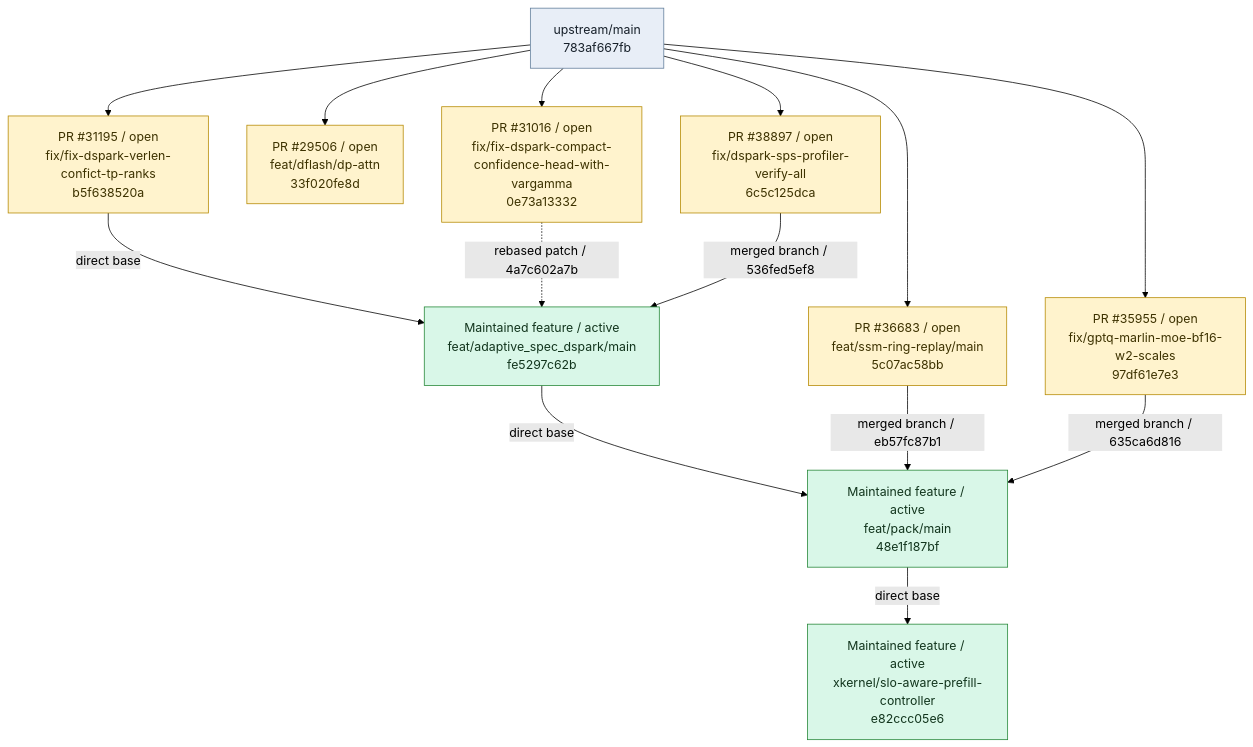
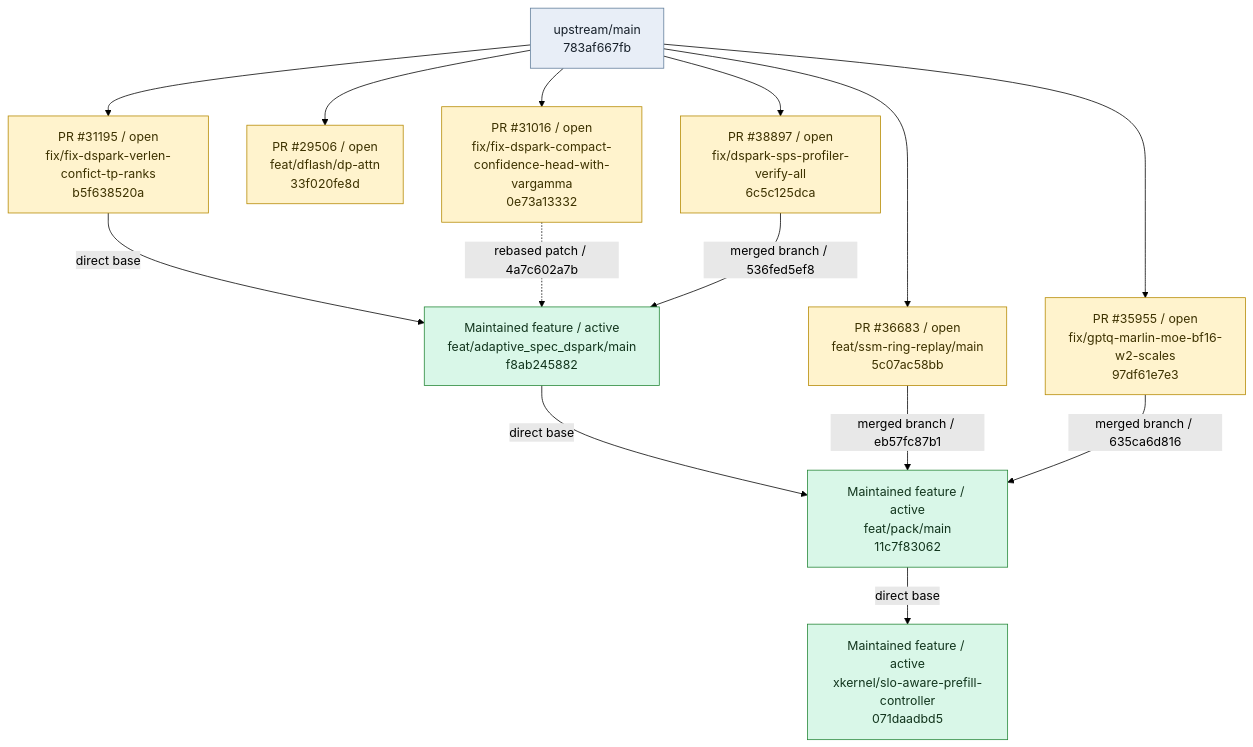
Before and after one commit to EanWang211123/sglang: the first of 4 diagrams in BRANCH_GRAPH.md, drawn with Mermaid (forest theme). The commit also changed other lines of this file and 4 other files, not shown here.

````diff
--- a/BRANCH_GRAPH.md
+++ b/BRANCH_GRAPH.md
@@ -11,41 +11,41 @@
 ```mermaid
 flowchart TD
     base_upstream_main["upstream/main<br/>783af667fb"]
     branch_dspark_compact_ragged_verify["PR #38897 / open<br/>fix/dspark-sps-profiler-verify-all<br/>6c5c125dca"]
     base_upstream_main --> branch_dspark_compact_ragged_verify
     click branch_dspark_compact_ragged_verify "https://github.com/sgl-project/sglang/pull/38897"
     branch_dflash_dp_attn["PR #29506 / open<br/>feat/dflash/dp-attn<br/>33f020fe8d"]
     base_upstream_main --> branch_dflash_dp_attn
     click branch_dflash_dp_attn "https://github.com/sgl-project/sglang/pull/29506"
     branch_dspark_tp_budget_sync["PR #31195 / open<br/>fix/fix-dspark-verlen-confict-tp-ranks<br/>b5f638520a"]
     base_upstream_main --> branch_dspark_tp_budget_sync
     click branch_dspark_tp_budget_sync "https://github.com/sgl-project/sglang/pull/31195"
     branch_dspark_runtime_gamma["PR #31016 / open<br/>fix/fix-dspark-compact-confidence-head-with-vargamma<br/>0e73a13332"]
     base_upstream_main --> branch_dspark_runtime_gamma
     click branch_dspark_runtime_gamma "https://github.com/sgl-project/sglang/pull/31016"
     branch_gptq_marlin_moe_bf16_w2_scales["PR #35955 / open<br/>fix/gptq-marlin-moe-bf16-w2-scales<br/>97df61e7e3"]
     base_upstream_main --> branch_gptq_marlin_moe_bf16_w2_scales
     click branch_gptq_marlin_moe_bf16_w2_scales "https://github.com/sgl-project/sglang/pull/35955"
     branch_replayssm_dflash_dspark["PR #36683 / open<br/>feat/ssm-ring-replay/main<br/>5c07ac58bb"]
     base_upstream_main --> branch_replayssm_dflash_dspark
     click branch_replayssm_dflash_dspark "https://github.com/sgl-project/sglang/pull/36683"
-    branch_dspark_adaptive["Maintained feature / active<br/>feat/adaptive_spec_dspark/main<br/>fe5297c62b"]
+    branch_dspark_adaptive["Maintained feature / active<br/>feat/adaptive_spec_dspark/main<br/>f8ab245882"]
     click branch_dspark_adaptive "https://github.com/EanWang211123/sglang/tree/feat/adaptive_spec_dspark/main"
-    branch_adaptive_dspark_replayssm_gptq_marlin_pack["Maintained feature / active<br/>feat/pack/main<br/>48e1f187bf"]
+    branch_adaptive_dspark_replayssm_gptq_marlin_pack["Maintained feature / active<br/>feat/pack/main<br/>11c7f83062"]
     click branch_adaptive_dspark_replayssm_gptq_marlin_pack "https://github.com/EanWang211123/sglang/tree/feat/pack/main"
-    branch_xkernel_slo_aware_prefill_controller["Maintained feature / active<br/>xkernel/slo-aware-prefill-controller<br/>e82ccc05e6"]
+    branch_xkernel_slo_aware_prefill_controller["Maintained feature / active<br/>xkernel/slo-aware-prefill-controller<br/>071daadbd5"]
     click branch_xkernel_slo_aware_prefill_controller "https://github.com/EanWang211123/sglang/tree/xkernel/slo-aware-prefill-controller"
     branch_dspark_tp_budget_sync -->|"direct base"| branch_dspark_adaptive
     branch_dspark_runtime_gamma -.->|"rebased patch / 4a7c602a7b"| branch_dspark_adaptive
     branch_dspark_compact_ragged_verify -->|"merged branch / 536fed5ef8"| branch_dspark_adaptive
     branch_dspark_adaptive -->|"direct base"| branch_adaptive_dspark_replayssm_gptq_marlin_pack
     branch_replayssm_dflash_dspark -->|"merged branch / eb57fc87b1"| branch_adaptive_dspark_replayssm_gptq_marlin_pack
     branch_gptq_marlin_moe_bf16_w2_scales -->|"merged branch / 635ca6d816"| branch_adaptive_dspark_replayssm_gptq_marlin_pack
     branch_adaptive_dspark_replayssm_gptq_marlin_pack -->|"direct base"| branch_xkernel_slo_aware_prefill_controller
     classDef base fill:#e8eef7,stroke:#607d9b,color:#17202a
     classDef pr fill:#fff3cd,stroke:#b58900,color:#3d3200
     classDef feature fill:#d9f7e8,stroke:#238636,color:#12351d
     class base_upstream_main base
     class branch_dspark_compact_ragged_verify,branch_dflash_dp_attn,branch_dspark_tp_budget_sync,branch_dspark_runtime_gamma,branch_gptq_marlin_moe_bf16_w2_scales,branch_replayssm_dflash_dspark pr
     class branch_dspark_adaptive,branch_adaptive_dspark_replayssm_gptq_marlin_pack,branch_xkernel_slo_aware_prefill_controller feature
 ```
````
